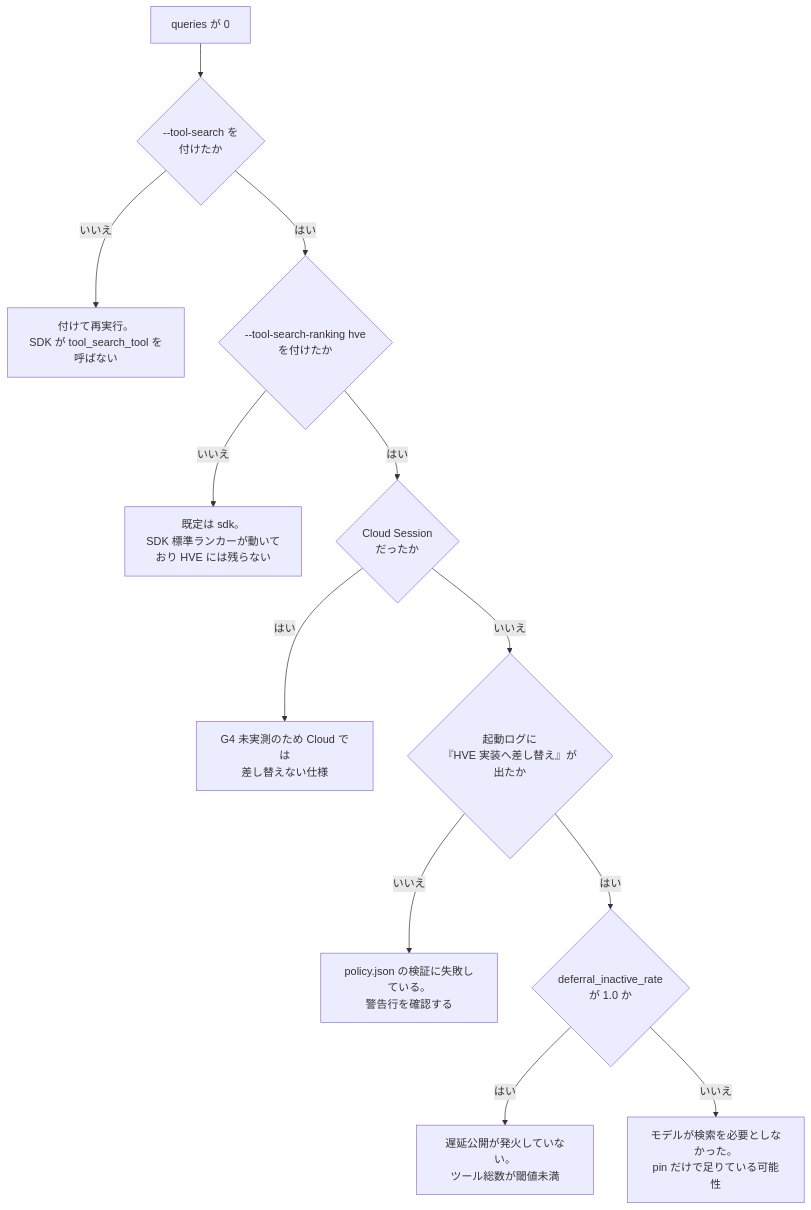
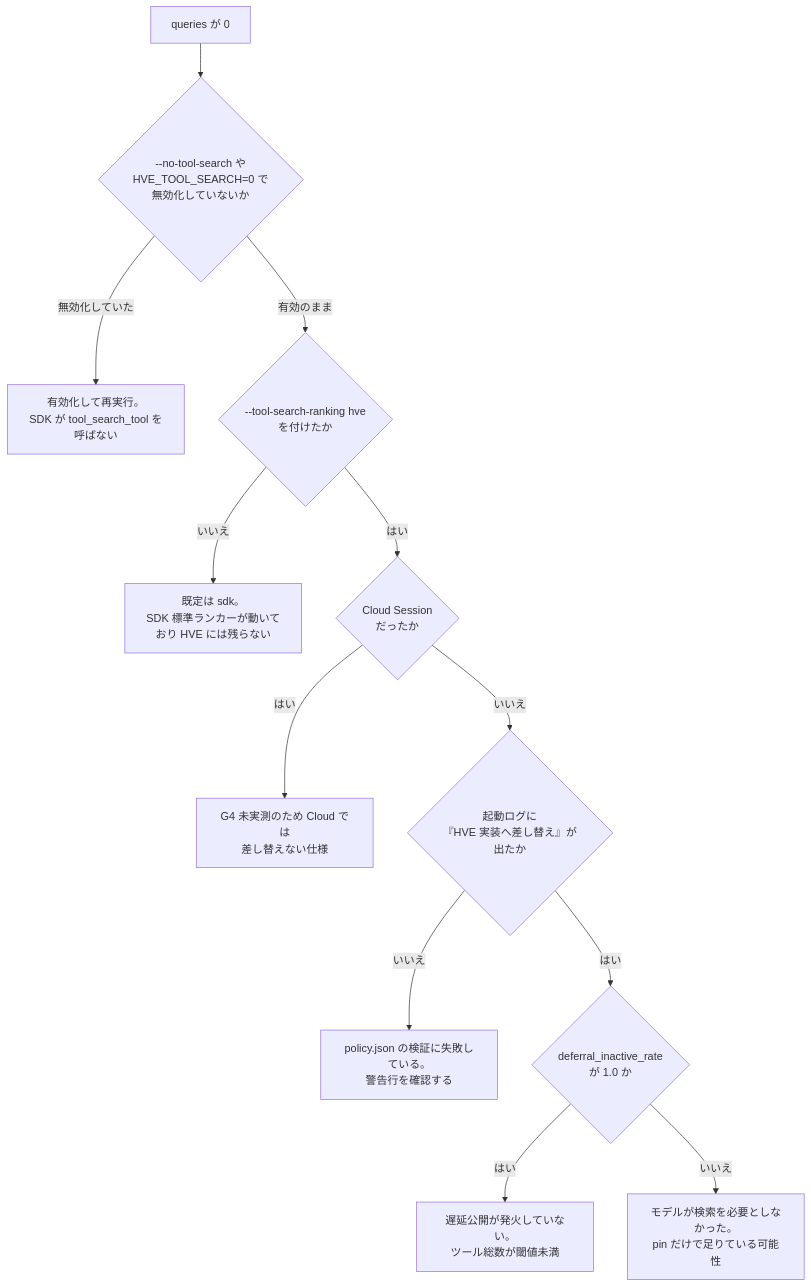
The third of 3 diagrams in users-guide/tool-search-dashboard.md (dahatake/HypervelocityEngineering), drawn with Mermaid before and after one commit. The commit also changed other lines of this file and 526 other files, not shown here.

````diff
--- a/users-guide/tool-search-dashboard.md
+++ b/users-guide/tool-search-dashboard.md
@@ -349,14 +378,14 @@
 ```mermaid
 flowchart TD
-    A["queries が 0"] --> B{"--tool-search を<br/>付けたか"}
-    B -- いいえ --> B1["付けて再実行。<br/>SDK が tool_search_tool を呼ばない"]
-    B -- はい --> C{"--tool-search-ranking hve<br/>を付けたか"}
+    A["queries が 0"] --> B{"--no-tool-search や<br/>HVE_TOOL_SEARCH=0 で<br/>無効化していないか"}
+    B -- 無効化していた --> B1["有効化して再実行。<br/>SDK が tool_search_tool を呼ばない"]
+    B -- 有効のまま --> C{"--tool-search-ranking hve<br/>を付けたか"}
     C -- いいえ --> C1["既定は sdk。<br/>SDK 標準ランカーが動いており HVE には残らない"]
     C -- はい --> D{"Cloud Session<br/>だったか"}
     D -- はい --> D1["G4 未実測のため Cloud では<br/>差し替えない仕様"]
     D -- いいえ --> E{"起動ログに<br/>『HVE 実装へ差し替え』が出たか"}
     E -- いいえ --> E1["policy.json の検証に失敗している。<br/>警告行を確認する"]
     E -- はい --> F{"deferral_inactive_rate<br/>が 1.0 か"}
     F -- はい --> F1["遅延公開が発火していない。<br/>ツール総数が閾値未満"]
     F -- いいえ --> G["モデルが検索を必要としなかった。<br/>pin だけで足りている可能性"]
 ```
````
